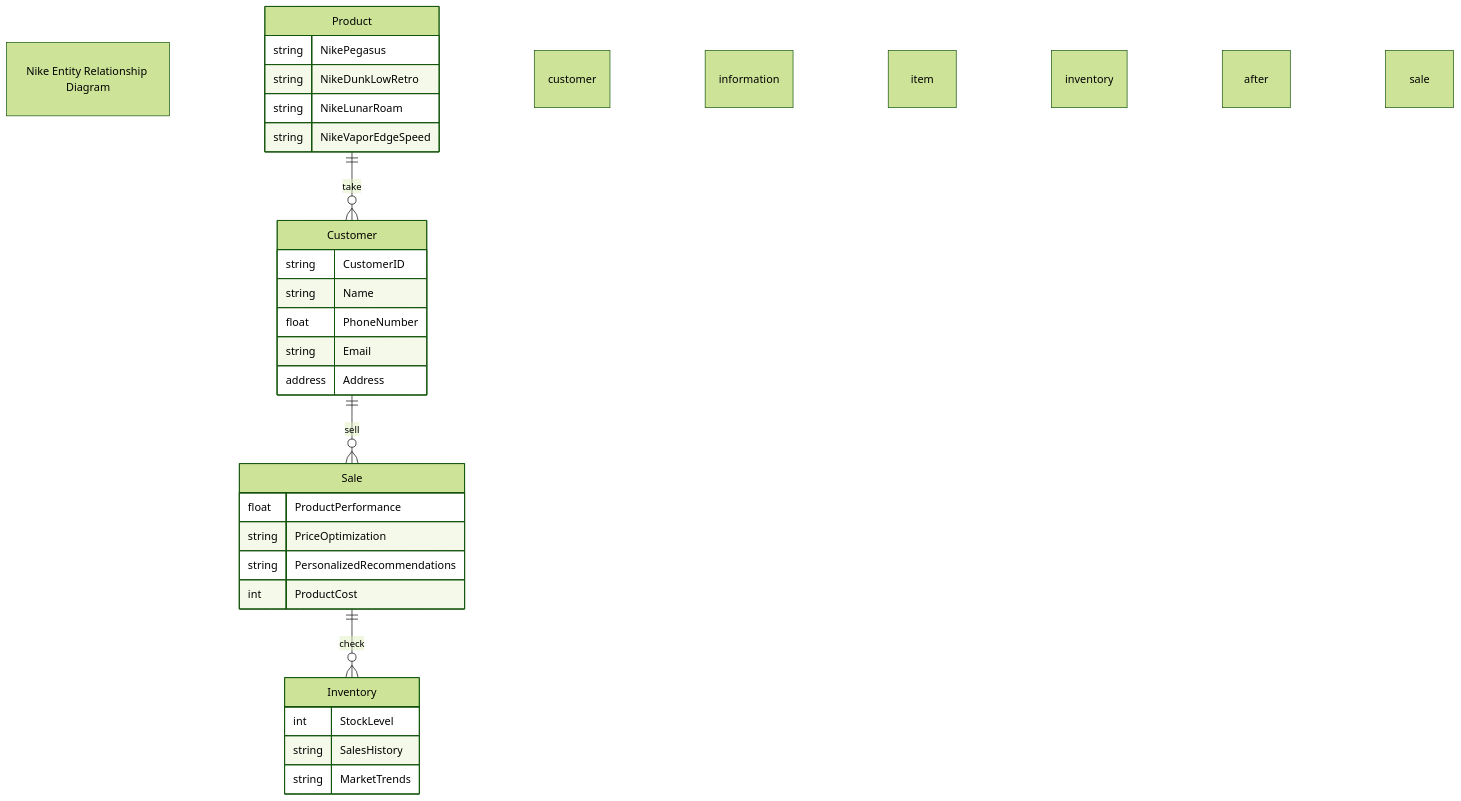
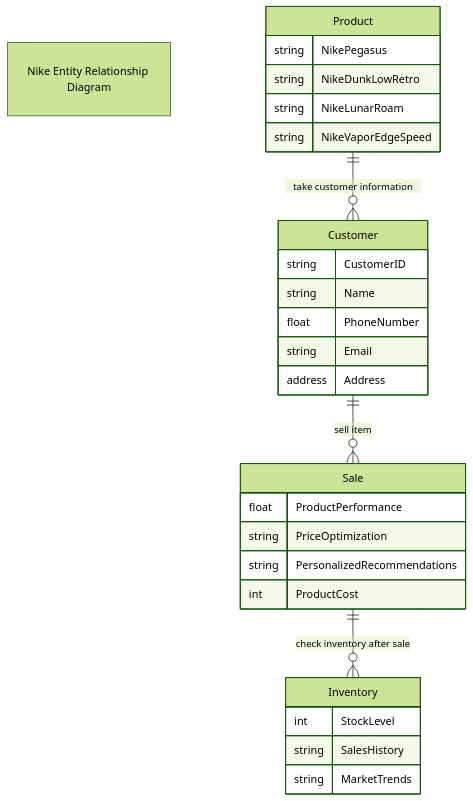
One commit to JordanDuncan5/Nike-Store-ERD changed the diagram in NikeStore_ERD.md. Above: the diagram before and after it, drawn with Mermaid (forest theme).

Commit message:
Update NikeStore_ERD.md
quotations around explaination

````diff
--- a/NikeStore_ERD.md
+++ b/NikeStore_ERD.md
@@ -1,36 +1,38 @@
 ```mermaid
 
 erDiagram
 
 "Nike Entity Relationship Diagram"
 
-    Product ||--o{ Customer :take customer information
+    Product ||--o{ Customer :"take customer information"
     Product{
         string NikePegasus
         string NikeDunkLowRetro
         string NikeLunarRoam
         string NikeVaporEdgeSpeed
     }
-    Customer ||--o{ Sale :sell item
+    
+    Customer ||--o{ Sale :"sell item"
     Customer{
         string CustomerID
         string Name
         float PhoneNumber
         string Email
         address Address
     }
-    Sale ||--o{ Inventory :check inventory after sale
+    
+    Sale ||--o{ Inventory :"check inventory after sale"
     Sale{
         float ProductPerformance
         string PriceOptimization
         string PersonalizedRecommendations
         int ProductCost
     }
     
     Inventory{
         int StockLevel
         string SalesHistory
         string MarketTrends
     }
 
 ```
````
